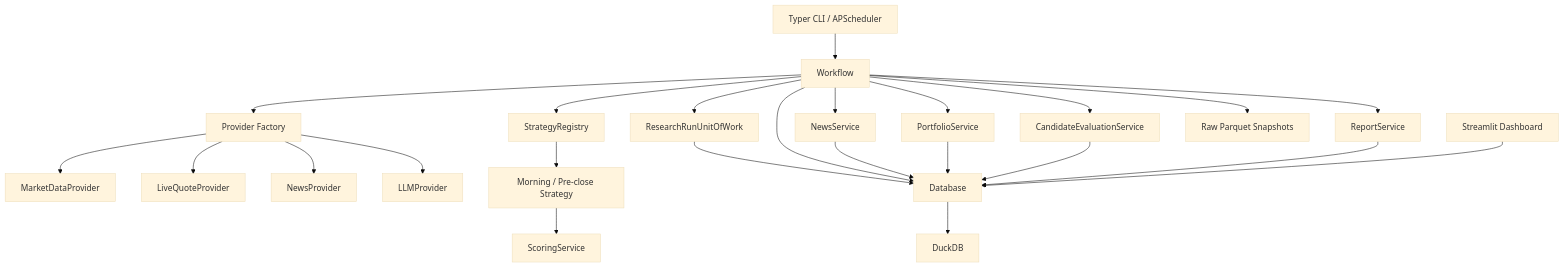
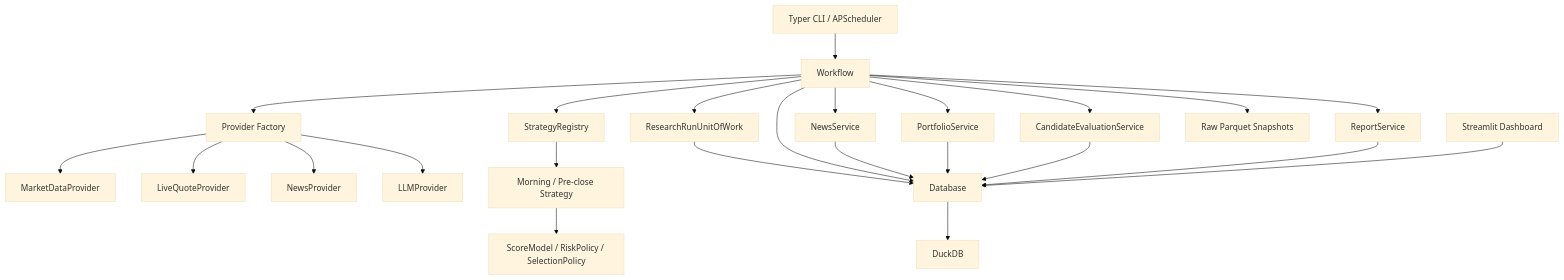
The second of 4 diagrams in doc/KFCQ_TechnicalSummary.md (Dershine/KFCQuantitative), drawn with Mermaid (base theme) before and after one commit. The commit also changed other lines of this file and 14 other files, not shown here.

````diff
--- a/doc/KFCQ_TechnicalSummary.md
+++ b/doc/KFCQ_TechnicalSummary.md
@@ -235,28 +235,28 @@
 ```mermaid
 flowchart TD
     Entry["Typer CLI / APScheduler"] --> Workflow["Workflow"]
     Workflow --> ProviderFactory["Provider Factory"]
     ProviderFactory --> MarketProvider["MarketDataProvider"]
     ProviderFactory --> LiveProvider["LiveQuoteProvider"]
     ProviderFactory --> NewsProvider["NewsProvider"]
     ProviderFactory --> LLMProvider["LLMProvider"]
 
     Workflow --> StrategyRegistry["StrategyRegistry"]
     StrategyRegistry --> Strategy["Morning / Pre-close Strategy"]
-    Strategy --> Scoring["ScoringService"]
+    Strategy --> Scoring["ScoreModel / RiskPolicy / SelectionPolicy"]
     Workflow --> News["NewsService"]
     Workflow --> Portfolio["PortfolioService"]
     Workflow --> Evaluation["CandidateEvaluationService"]
     Workflow --> Reports["ReportService"]
 
     Workflow --> UoW["ResearchRunUnitOfWork"]
     UoW --> Database["Database"]
     Workflow --> Database
     News --> Database
     Portfolio --> Database
     Evaluation --> Database
     Reports --> Database
     Database --> DuckDB["DuckDB"]
     Workflow --> Parquet["Raw Parquet Snapshots"]
     Dashboard["Streamlit Dashboard"] --> Database
 ```
````
